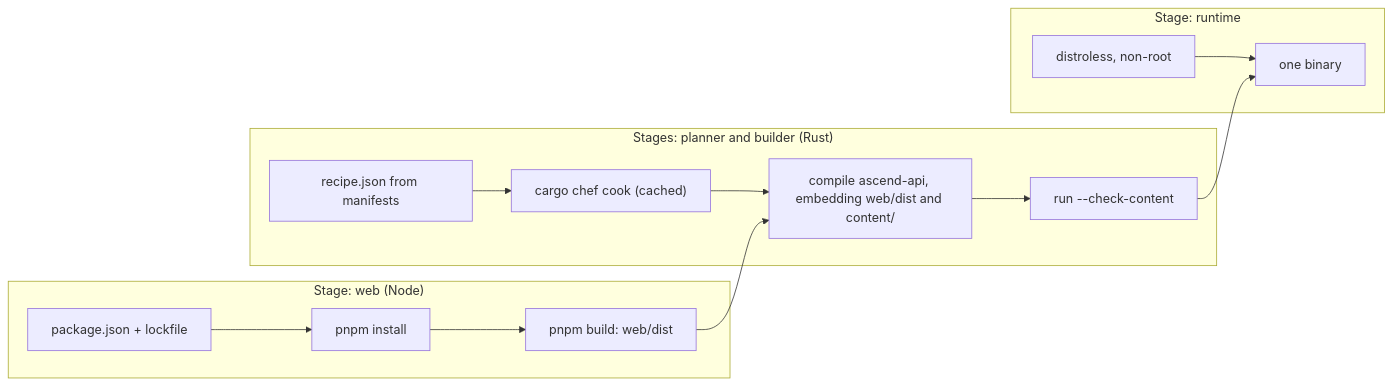
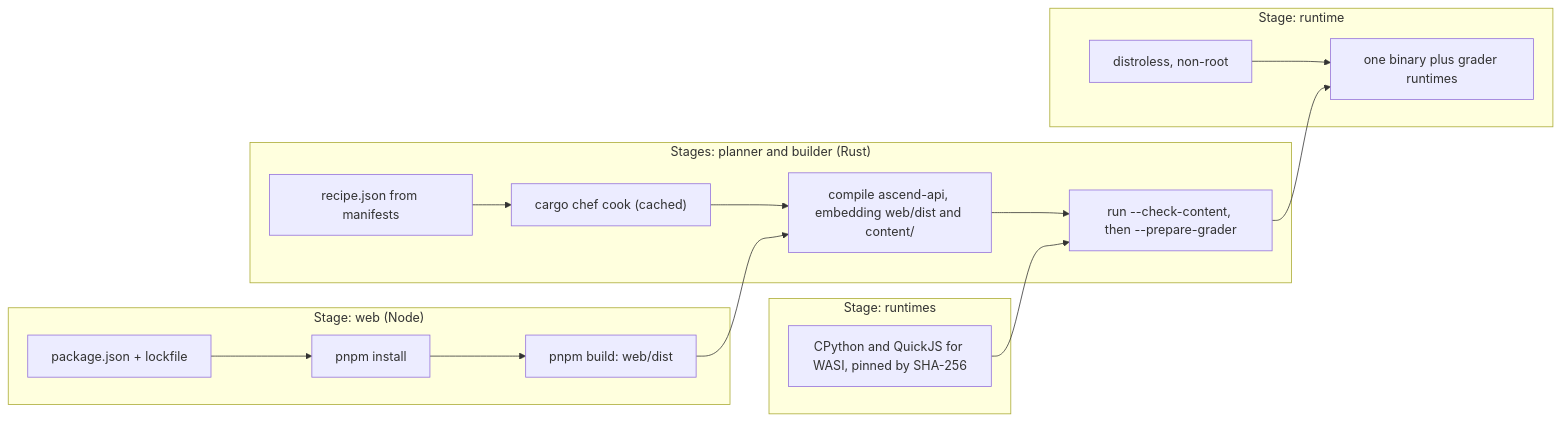
The diagram in content/tracks/13-senior-craft/01-software-craft/06-containers-and-infrastructure-as-code.md (thull32/ascend), drawn with Mermaid before and after one commit. The commit also changed other lines of this file and 48 other files, not shown here.

First line of the commit message:
content(networking, senior-craft): fact-check, even out length, describe Ascend as it is now

````diff
--- a/content/tracks/13-senior-craft/01-software-craft/06-containers-and-infrastructure-as-code.md
+++ b/content/tracks/13-senior-craft/01-software-craft/06-containers-and-infrastructure-as-code.md
@@ -170,16 +170,20 @@
 ```mermaid
 flowchart LR
   subgraph S1["Stage: web (Node)"]
     A["package.json + lockfile"] --> B["pnpm install"] --> C["pnpm build: web/dist"]
   end
   subgraph S2["Stages: planner and builder (Rust)"]
     D["recipe.json from manifests"] --> E["cargo chef cook (cached)"]
     E --> F["compile ascend-api, embedding web/dist and content/"]
-    F --> G["run --check-content"]
+    F --> G["run --check-content, then --prepare-grader"]
+  end
+  subgraph S4["Stage: runtimes"]
+    R["CPython and QuickJS for WASI, pinned by SHA-256"]
   end
   subgraph S3["Stage: runtime"]
-    H["distroless, non-root"] --> I["one binary"]
+    H["distroless, non-root"] --> I["one binary plus grader runtimes"]
   end
   C --> F
+  R --> G
   G --> I
 ```
````
